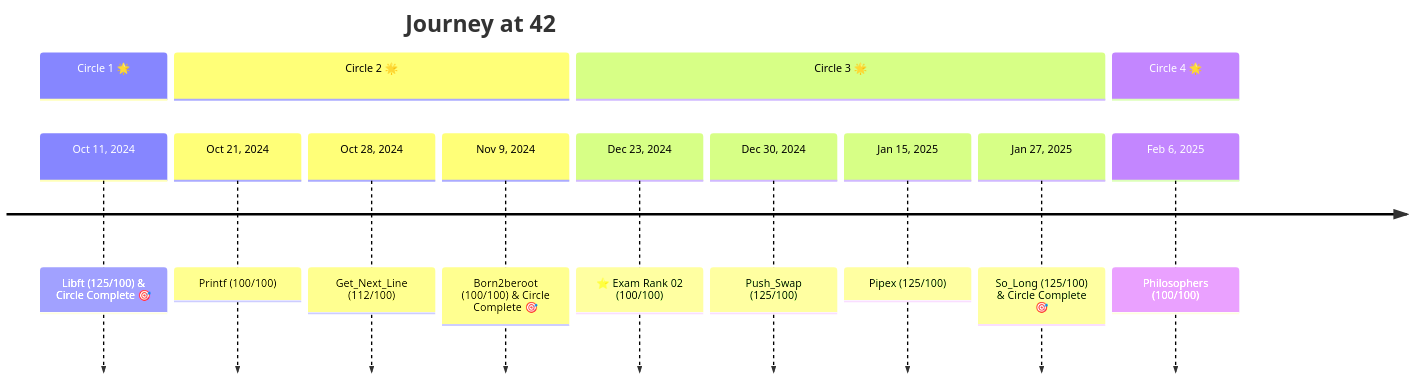
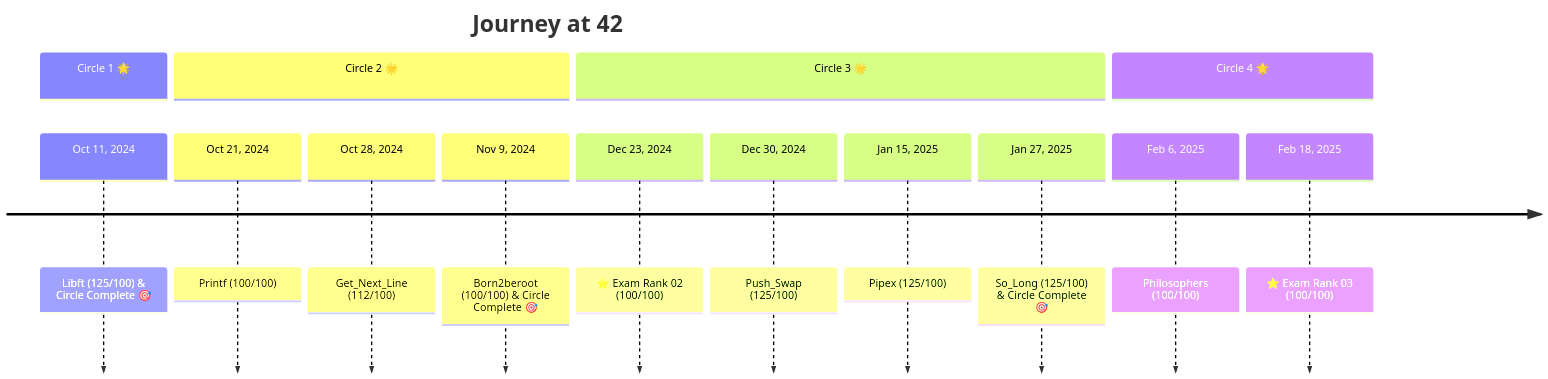
The diagram in README.md (Nesplee/CURSUS), drawn with Mermaid before and after one commit. The commit also changed other lines of this file and 15 other files, not shown here.

````diff
--- a/README.md
+++ b/README.md
@@ -173,17 +172,18 @@
 ```mermaid
 timeline
     title Journey at 42
     section Circle 1 🌟
         Oct 11, 2024 : Libft (125/100) & Circle Complete 🎯
 	section Circle 2 🌟
         Oct 21, 2024 : Printf (100/100)
         Oct 28, 2024 : Get_Next_Line (112/100)
         Nov 9, 2024 : Born2beroot (100/100) & Circle Complete 🎯
     section Circle 3 🌟
         Dec 23, 2024 : ⭐ Exam Rank 02 (100/100)
         Dec 30, 2024 : Push_Swap (125/100)
         Jan 15, 2025 : Pipex (125/100)
         Jan 27, 2025 : So_Long (125/100) & Circle Complete 🎯
     section Circle 4 🌟
         Feb 6, 2025 : Philosophers (100/100)
+        Feb 18, 2025 : ⭐ Exam Rank 03 (100/100)
 ```
````
